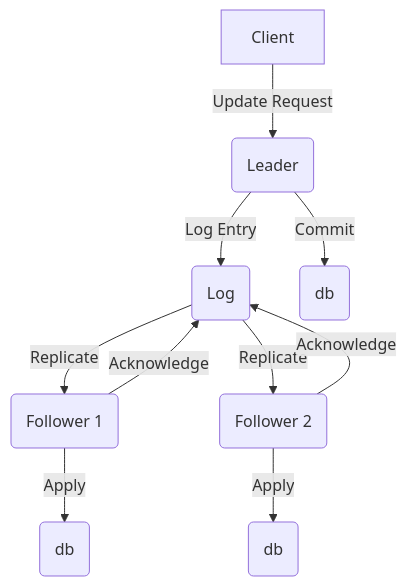
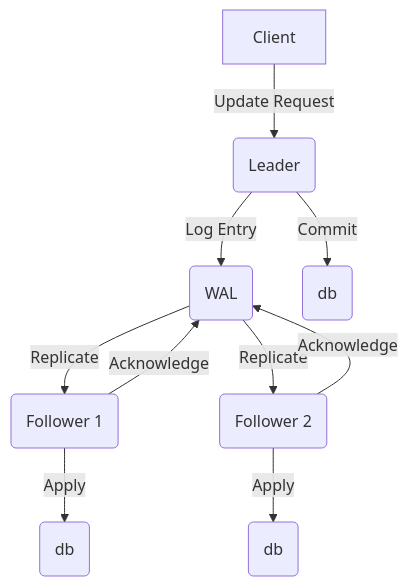
Before and after one commit to emmahone/etcd-101: the first of 3 diagrams in README.md, drawn with Mermaid. The commit also changed other lines of this file, not shown here.

Commit message:
Add wal file paragraph

````diff
--- a/README.md
+++ b/README.md
@@ -7,12 +7,12 @@
 ```mermaid
 graph TD;
   A[Client] -- Update Request --> B(Leader);
-  B -- Log Entry --> C(Log);
+  B -- Log Entry --> C(WAL);
   C -- Replicate --> D(Follower 1);
   C -- Replicate --> E(Follower 2);
   D -- Acknowledge --> C;
   E -- Acknowledge --> C;
   B -- Commit --> G(db);
   E -- Apply --> F(db)
   D -- Apply --> H(db)
 ```
````
